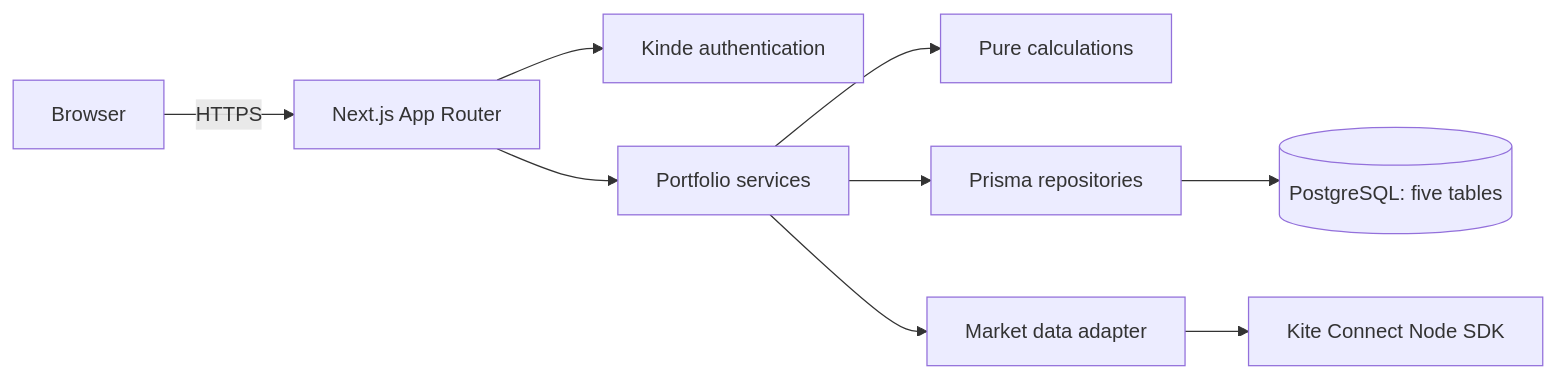
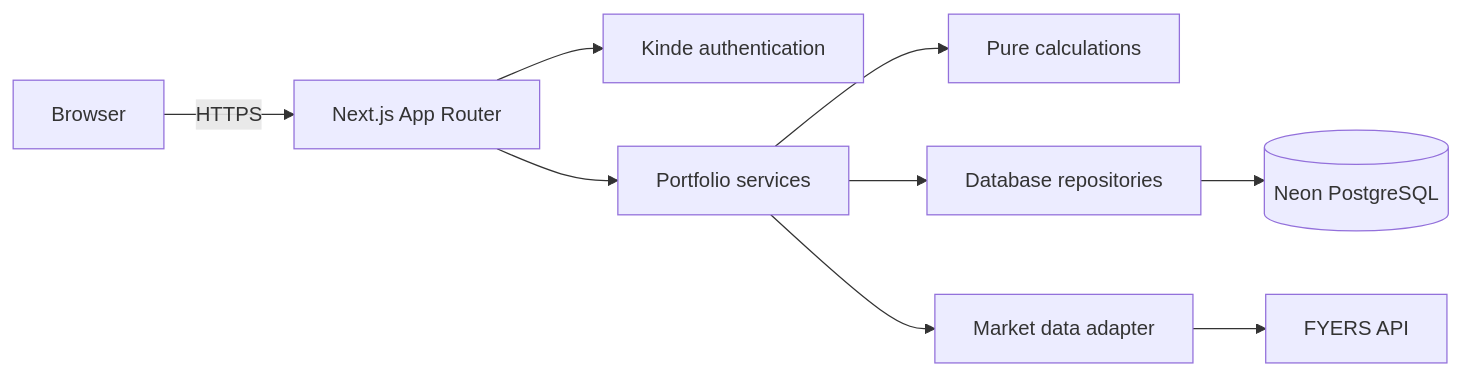
The diagram in docs/technical-specification.md (kpunith8/portfolio-tracker), drawn with Mermaid before and after one commit. The commit also changed other lines of this file and 53 other files, not shown here.

First line of the commit message:
feat: connect portfolio ledger to FYERS market data (#3)

````diff
--- a/docs/technical-specification.md
+++ b/docs/technical-specification.md
@@ -13,11 +13,11 @@
 ```mermaid
 flowchart LR
   Browser -->|HTTPS| Next[Next.js App Router]
   Next --> Kinde[Kinde authentication]
   Next --> Services[Portfolio services]
   Services --> Calc[Pure calculations]
-  Services --> Prisma[Prisma repositories]
-  Prisma --> DB[(PostgreSQL: five tables)]
+  Services --> Repo[Database repositories]
+  Repo --> DB[(Neon PostgreSQL)]
   Services --> Adapter[Market data adapter]
-  Adapter --> Kite[Kite Connect Node SDK]
+  Adapter --> FYERS[FYERS API]
 ```
````
